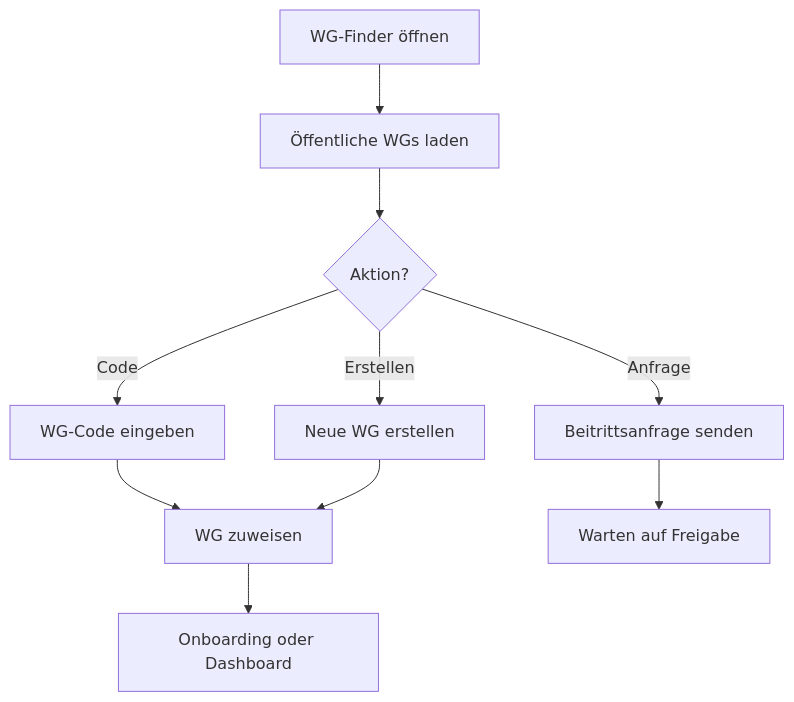
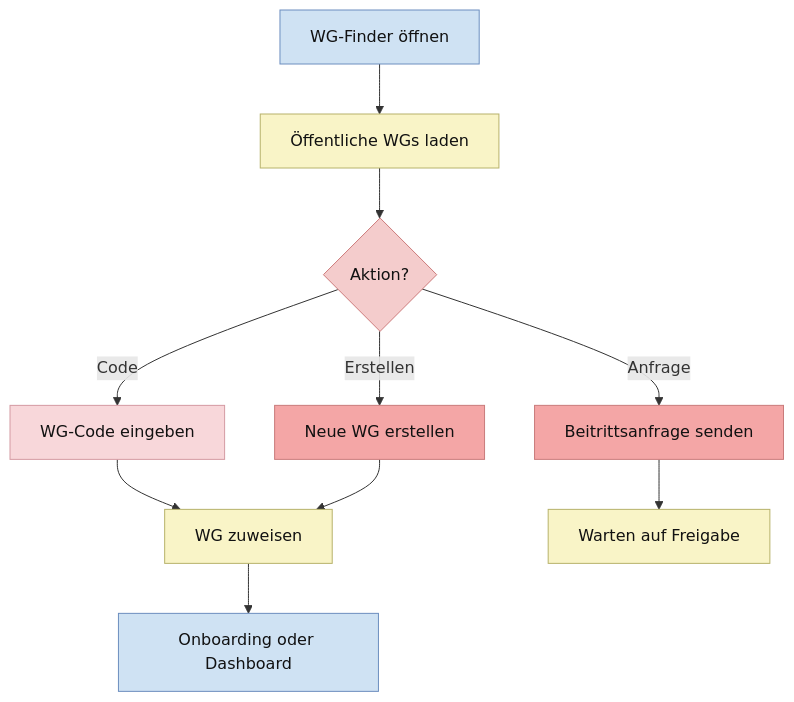
One commit to Nejy190501/WGManager changed the ninth of 23 diagrams in ABLAUFDIAGRAMM.md. Above: the diagram before and after it, drawn with Mermaid. The commit also changed other lines of this file, not shown here.

````diff
--- a/ABLAUFDIAGRAMM.md
+++ b/ABLAUFDIAGRAMM.md
@@ -280,12 +395,26 @@
 ```mermaid
 flowchart TD
     A["WG-Finder öffnen"] --> B["Öffentliche WGs laden"]
     B --> C{"Aktion?"}
     C -->|Code| D["WG-Code eingeben"]
     C -->|Anfrage| E["Beitrittsanfrage senden"]
     C -->|Erstellen| F["Neue WG erstellen"]
     D --> G["WG zuweisen"]
     F --> G
     E --> H["Warten auf Freigabe"]
     G --> I["Onboarding oder Dashboard"]
+
+    classDef userAction fill:#ead1f2,stroke:#8e7cc3,color:#111;
+    classDef systemAction fill:#f9f4c7,stroke:#b7b26a,color:#111;
+    classDef userDecision fill:#f4cccc,stroke:#cc7a7a,color:#111;
+    classDef systemDecision fill:#fff2b2,stroke:#c9b458,color:#111;
+    classDef button fill:#f4a6a6,stroke:#c97b7b,color:#111;
+    classDef userInput fill:#f8d7da,stroke:#d49aa2,color:#111;
+    classDef screen fill:#cfe2f3,stroke:#6c8ebf,color:#111;
+
+    class B,G,H systemAction;
+    class C userDecision;
+    class E,F button;
+    class D userInput;
+    class A,I screen;
 ```
````
